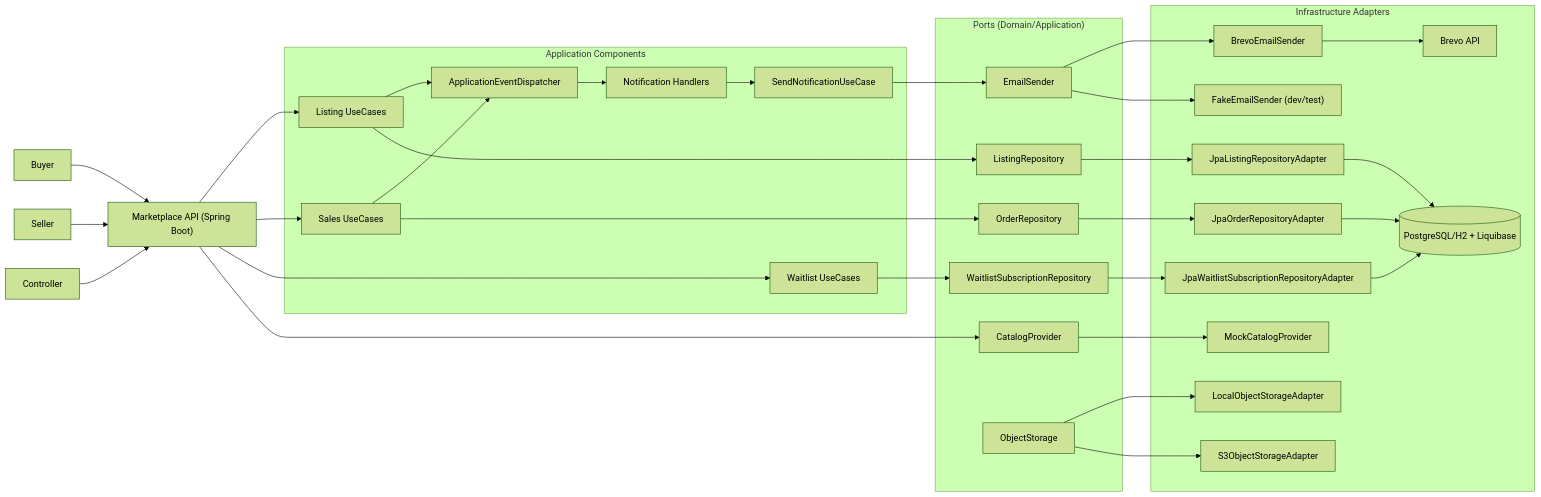
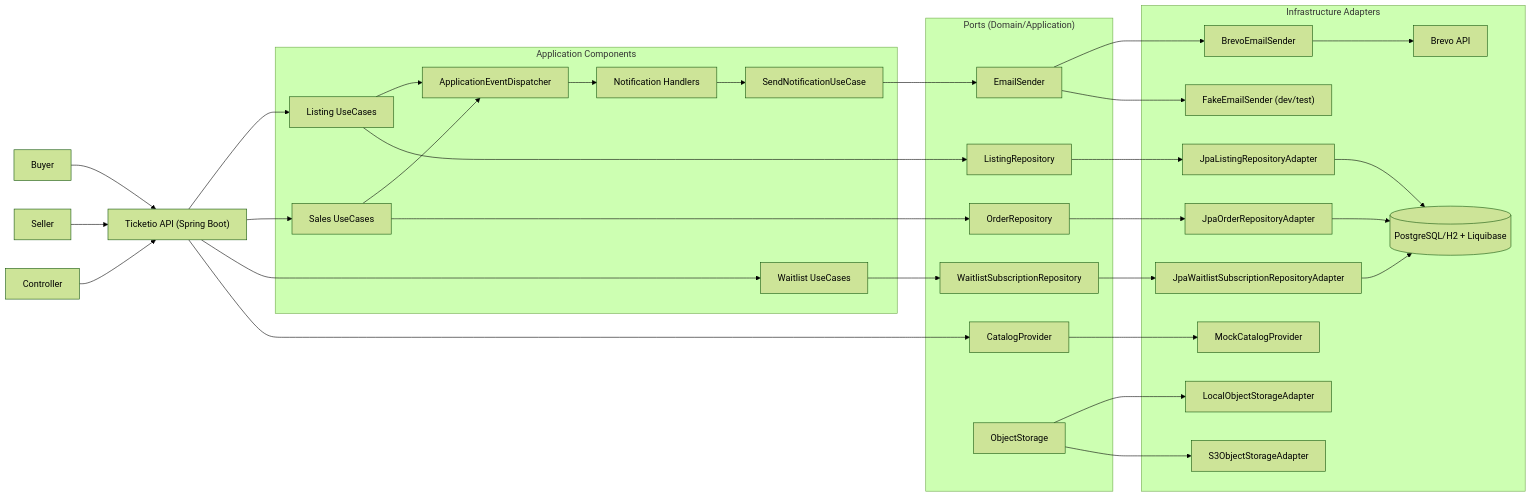
The third of 3 diagrams in README.md (amine-cheraitia/cgi-gang), drawn with Mermaid (forest theme) before and after one commit. The commit also changed other lines of this file and 11 other files, not shown here.

Commit message:
Rebrand: Ticketio - Swagger, emails, README, Postman et diagrammes design patterns

````diff
--- a/README.md
+++ b/README.md
@@ -196,60 +196,60 @@
 ```mermaid
 flowchart LR
-    Buyer["Buyer"] --> API["Marketplace API (Spring Boot)"]
+    Buyer["Buyer"] --> API["Ticketio API (Spring Boot)"]
     Seller["Seller"] --> API
     Controller["Controller"] --> API
 
     subgraph App["Application Components"]
         ListingUC["Listing UseCases"]
         SalesUC["Sales UseCases"]
         WaitlistUC["Waitlist UseCases"]
         NotifUC["SendNotificationUseCase"]
         Dispatcher["ApplicationEventDispatcher"]
         Handlers["Notification Handlers"]
     end
 
     API --> ListingUC
     API --> SalesUC
     API --> WaitlistUC
     ListingUC --> Dispatcher
     SalesUC --> Dispatcher
     Dispatcher --> Handlers
     Handlers --> NotifUC
 
     subgraph DomainPorts["Ports (Domain/Application)"]
         ListingRepo["ListingRepository"]
         OrderRepo["OrderRepository"]
         WaitlistRepo["WaitlistSubscriptionRepository"]
         CatalogPort["CatalogProvider"]
         EmailPort["EmailSender"]
         StoragePort["ObjectStorage"]
     end
 
     ListingUC --> ListingRepo
     SalesUC --> OrderRepo
     WaitlistUC --> WaitlistRepo
     NotifUC --> EmailPort
     API --> CatalogPort
 
     subgraph Infra["Infrastructure Adapters"]
         JpaListing["JpaListingRepositoryAdapter"]
         JpaOrder["JpaOrderRepositoryAdapter"]
         JpaWaitlist["JpaWaitlistSubscriptionRepositoryAdapter"]
         MockCatalog["MockCatalogProvider"]
         Brevo["BrevoEmailSender"]
         FakeMail["FakeEmailSender (dev/test)"]
         LocalStorage["LocalObjectStorageAdapter"]
         S3Storage["S3ObjectStorageAdapter"]
         DB[("PostgreSQL/H2 + Liquibase")]
         BrevoApi["Brevo API"]
     end
 
     ListingRepo --> JpaListing --> DB
     OrderRepo --> JpaOrder --> DB
     WaitlistRepo --> JpaWaitlist --> DB
     CatalogPort --> MockCatalog
     EmailPort --> Brevo --> BrevoApi
     EmailPort --> FakeMail
     StoragePort --> LocalStorage
     StoragePort --> S3Storage
 ```
````
